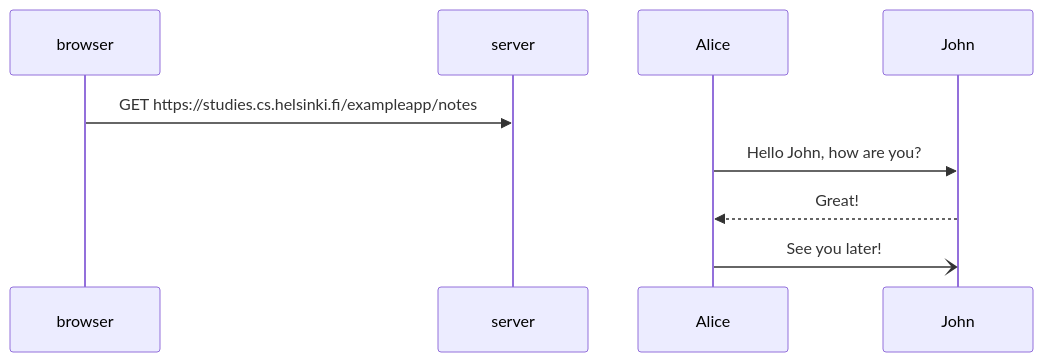
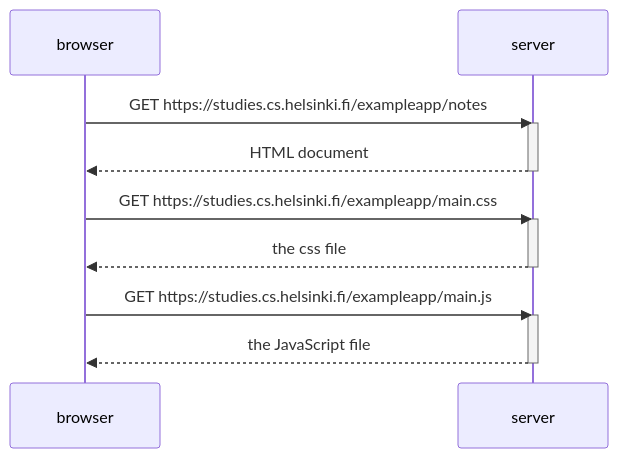
The diagram in osa0/README.md (JuhKukko/fullstack-helsinki-university), drawn with Mermaid before and after one commit.

````diff
--- a/osa0/README.md
+++ b/osa0/README.md
@@ -3,11 +3,20 @@
 ```mermaid
 sequenceDiagram
     participant browser
     participant server
     
     browser->>server: GET https://studies.cs.helsinki.fi/exampleapp/notes
-
-    Alice->>John: Hello John, how are you?
-    John-->>Alice: Great!
-    Alice-)John: See you later!
+    activate server
+    server-->>browser: HTML document
+    deactivate server
+    
+    browser->>server: GET https://studies.cs.helsinki.fi/exampleapp/main.css
+    activate server
+    server-->>browser: the css file
+    deactivate server
+    
+    browser->>server: GET https://studies.cs.helsinki.fi/exampleapp/main.js
+    activate server
+    server-->>browser: the JavaScript file
+    deactivate server
 ```
````
